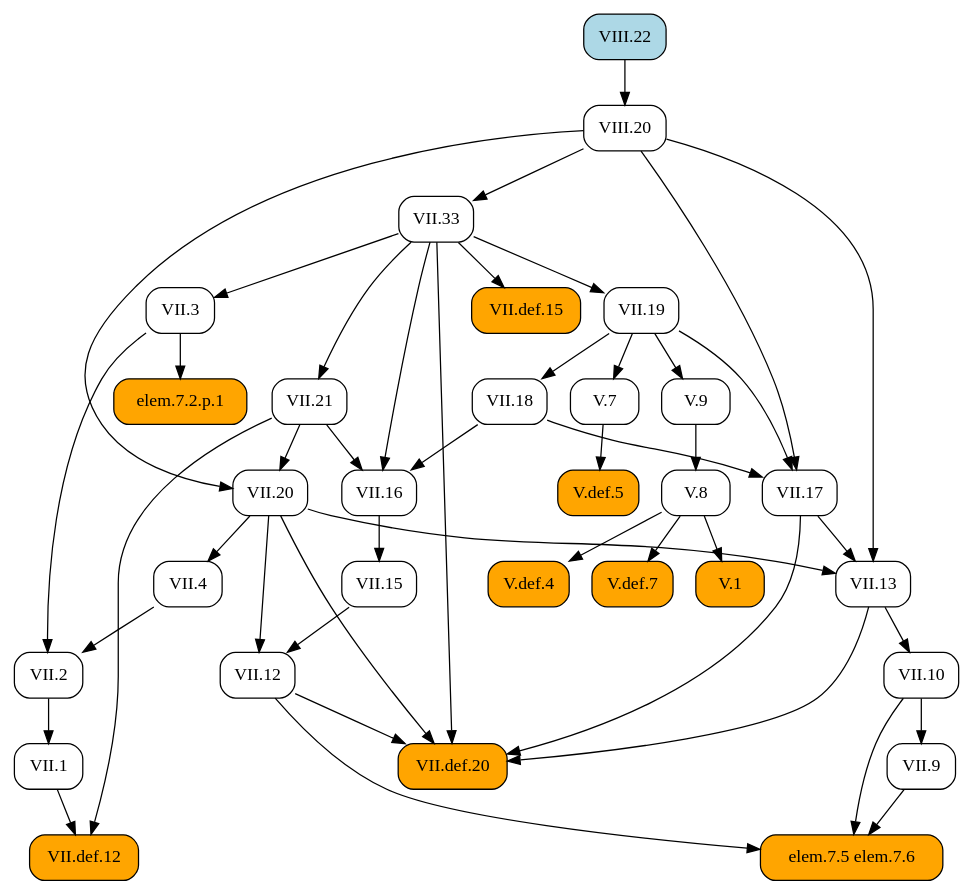
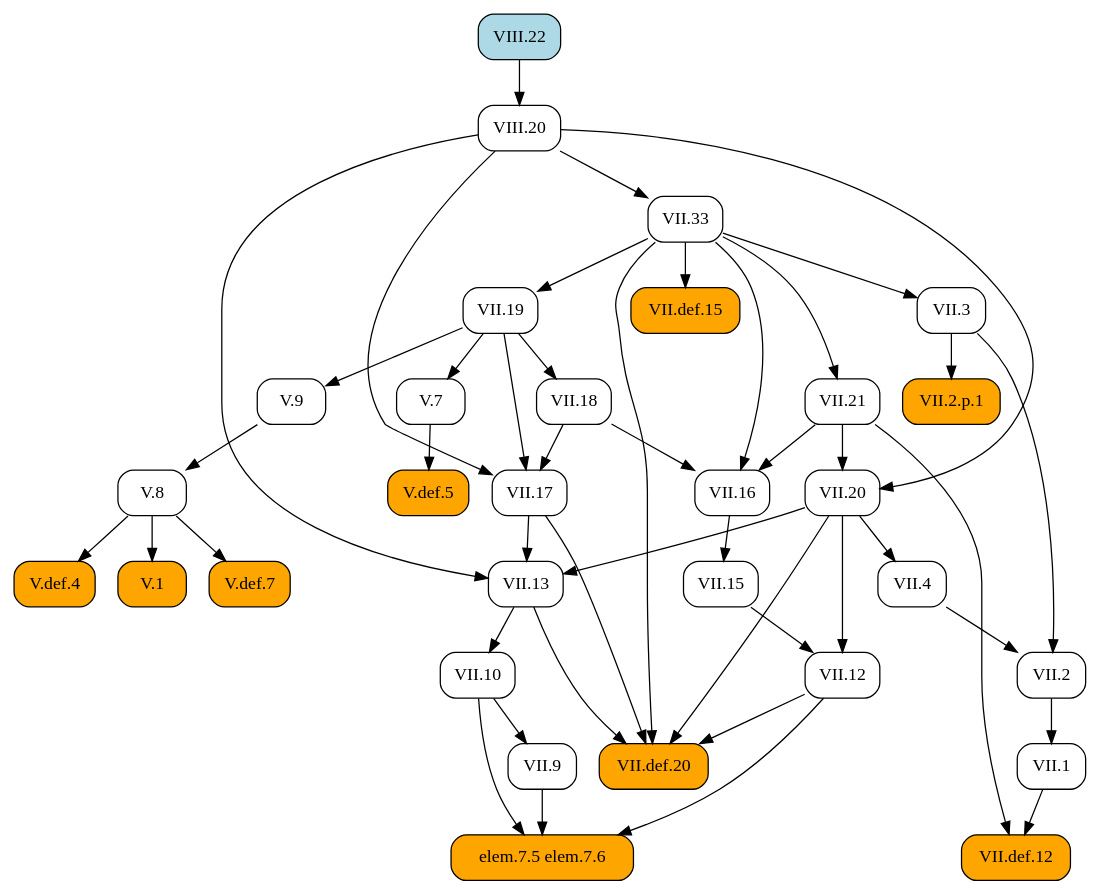
Before and after one commit to geometor/elements: the diagram in docsrc/heath/VIII/22/index.rst, drawn with Graphviz. The commit also changed 484 other files, not shown here.

```diff
--- a/docsrc/heath/VIII/22/index.rst
+++ b/docsrc/heath/VIII/22/index.rst
@@ -28,81 +28,81 @@
 .. graphviz::
 
    digraph {
      rankdir="TB";
      node [shape=box, style=rounded];
-     "VII.def.12" [style="rounded,filled", fillcolor=orange, URL="/heath/VII/def.12/", target="_top"];
-     "V.8" [URL="/heath/V/8/", target="_top"];
      "VII.33" [URL="/heath/VII/33/", target="_top"];
+     "VII.12" [URL="/heath/VII/12/", target="_top"];
+     "elem.7.5 elem.7.6" [style="rounded,filled", fillcolor=orange];
+     "VIII.20" [URL="/heath/VIII/20/", target="_top"];
+     "V.def.7" [style="rounded,filled", fillcolor=orange, URL="/heath/V/def.7/", target="_top"];
      "VIII.22" [style="rounded,filled", fillcolor=lightblue, URL="/heath/VIII/22/", target="_top"];
-     "VII.1" [URL="/heath/VII/1/", target="_top"];
-     "elem.7.2.p.1" [style="rounded,filled", fillcolor=orange];
-     "VII.10" [URL="/heath/VII/10/", target="_top"];
      "VII.9" [URL="/heath/VII/9/", target="_top"];
-     "VII.def.15" [style="rounded,filled", fillcolor=orange, URL="/heath/VII/def.15/", target="_top"];
-     "V.def.5" [style="rounded,filled", fillcolor=orange, URL="/heath/V/def.5/", target="_top"];
-     "VII.19" [URL="/heath/VII/19/", target="_top"];
      "VII.18" [URL="/heath/VII/18/", target="_top"];
      "VII.16" [URL="/heath/VII/16/", target="_top"];
+     "V.7" [URL="/heath/V/7/", target="_top"];
+     "VII.21" [URL="/heath/VII/21/", target="_top"];
+     "V.def.5" [style="rounded,filled", fillcolor=orange, URL="/heath/V/def.5/", target="_top"];
+     "V.def.4" [style="rounded,filled", fillcolor=orange, URL="/heath/V/def.4/", target="_top"];
+     "V.9" [URL="/heath/V/9/", target="_top"];
+     "VII.1" [URL="/heath/VII/1/", target="_top"];
+     "VII.10" [URL="/heath/VII/10/", target="_top"];
+     "V.8" [URL="/heath/V/8/", target="_top"];
+     "VII.13" [URL="/heath/VII/13/", target="_top"];
      "VII.4" [URL="/heath/VII/4/", target="_top"];
-     "VII.21" [URL="/heath/VII/21/", target="_top"];
+     "VII.2.p.1" [style="rounded,filled", fillcolor=orange];
+     "VII.def.12" [style="rounded,filled", fillcolor=orange, URL="/heath/VII/def.12/", target="_top"];
+     "VII.20" [URL="/heath/VII/20/", target="_top"];
      "V.1" [style="rounded,filled", fillcolor=orange, URL="/heath/V/1/", target="_top"];
+     "VII.def.15" [style="rounded,filled", fillcolor=orange, URL="/heath/VII/def.15/", target="_top"];
      "VII.3" [URL="/heath/VII/3/", target="_top"];
      "VII.17" [URL="/heath/VII/17/", target="_top"];
-     "elem.7.5 elem.7.6" [style="rounded,filled", fillcolor=orange];
-     "VII.20" [URL="/heath/VII/20/", target="_top"];
-     "V.7" [URL="/heath/V/7/", target="_top"];
-     "V.9" [URL="/heath/V/9/", target="_top"];
-     "V.def.4" [style="rounded,filled", fillcolor=orange, URL="/heath/V/def.4/", target="_top"];
-     "VII.13" [URL="/heath/VII/13/", target="_top"];
+     "VII.19" [URL="/heath/VII/19/", target="_top"];
      "VII.2" [URL="/heath/VII/2/", target="_top"];
-     "VIII.20" [URL="/heath/VIII/20/", target="_top"];
-     "V.def.7" [style="rounded,filled", fillcolor=orange, URL="/heath/V/def.7/", target="_top"];
-     "VII.12" [URL="/heath/VII/12/", target="_top"];
+     "VII.def.20" [style="rounded,filled", fillcolor=orange, URL="/heath/VII/def.20/", target="_top"];
      "VII.15" [URL="/heath/VII/15/", target="_top"];
-     "VII.def.20" [style="rounded,filled", fillcolor=orange, URL="/heath/VII/def.20/", target="_top"];
-     "VII.1" -> "VII.def.12";
-     "VII.21" -> "VII.def.12";
-     "V.9" -> "V.8";
      "VIII.20" -> "VII.33";
-     "VII.2" -> "VII.1";
-     "VII.3" -> "elem.7.2.p.1";
-     "VII.13" -> "VII.10";
+     "VII.15" -> "VII.12";
+     "VII.20" -> "VII.12";
+     "VII.9" -> "elem.7.5 elem.7.6";
+     "VII.10" -> "elem.7.5 elem.7.6";
+     "VII.12" -> "elem.7.5 elem.7.6";
+     "VIII.22" -> "VIII.20";
+     "V.8" -> "V.def.7";
      "VII.10" -> "VII.9";
-     "VII.33" -> "VII.def.15";
-     "V.7" -> "V.def.5";
-     "VII.33" -> "VII.19";
      "VII.19" -> "VII.18";
      "VII.18" -> "VII.16";
      "VII.21" -> "VII.16";
      "VII.33" -> "VII.16";
+     "VII.19" -> "V.7";
+     "VII.33" -> "VII.21";
+     "V.7" -> "V.def.5";
+     "V.8" -> "V.def.4";
+     "VII.19" -> "V.9";
+     "VII.2" -> "VII.1";
+     "VII.13" -> "VII.10";
+     "V.9" -> "V.8";
+     "VII.17" -> "VII.13";
+     "VII.20" -> "VII.13";
+     "VIII.20" -> "VII.13";
      "VII.20" -> "VII.4";
-     "VII.33" -> "VII.21";
+     "VII.3" -> "VII.2.p.1";
+     "VII.1" -> "VII.def.12";
+     "VII.21" -> "VII.def.12";
+     "VII.21" -> "VII.20";
+     "VIII.20" -> "VII.20";
      "V.8" -> "V.1";
+     "VII.33" -> "VII.def.15";
      "VII.33" -> "VII.3";
      "VII.18" -> "VII.17";
      "VII.19" -> "VII.17";
      "VIII.20" -> "VII.17";
-     "VII.9" -> "elem.7.5 elem.7.6";
-     "VII.10" -> "elem.7.5 elem.7.6";
-     "VII.12" -> "elem.7.5 elem.7.6";
-     "VII.21" -> "VII.20";
-     "VIII.20" -> "VII.20";
-     "VII.19" -> "V.7";
-     "VII.19" -> "V.9";
-     "V.8" -> "V.def.4";
-     "VII.17" -> "VII.13";
-     "VII.20" -> "VII.13";
-     "VIII.20" -> "VII.13";
+     "VII.33" -> "VII.19";
      "VII.3" -> "VII.2";
      "VII.4" -> "VII.2";
-     "VIII.22" -> "VIII.20";
-     "V.8" -> "V.def.7";
-     "VII.15" -> "VII.12";
-     "VII.20" -> "VII.12";
-     "VII.16" -> "VII.15";
      "VII.12" -> "VII.def.20";
      "VII.13" -> "VII.def.20";
      "VII.17" -> "VII.def.20";
      "VII.20" -> "VII.def.20";
      "VII.33" -> "VII.def.20";
+     "VII.16" -> "VII.15";
    }
```
